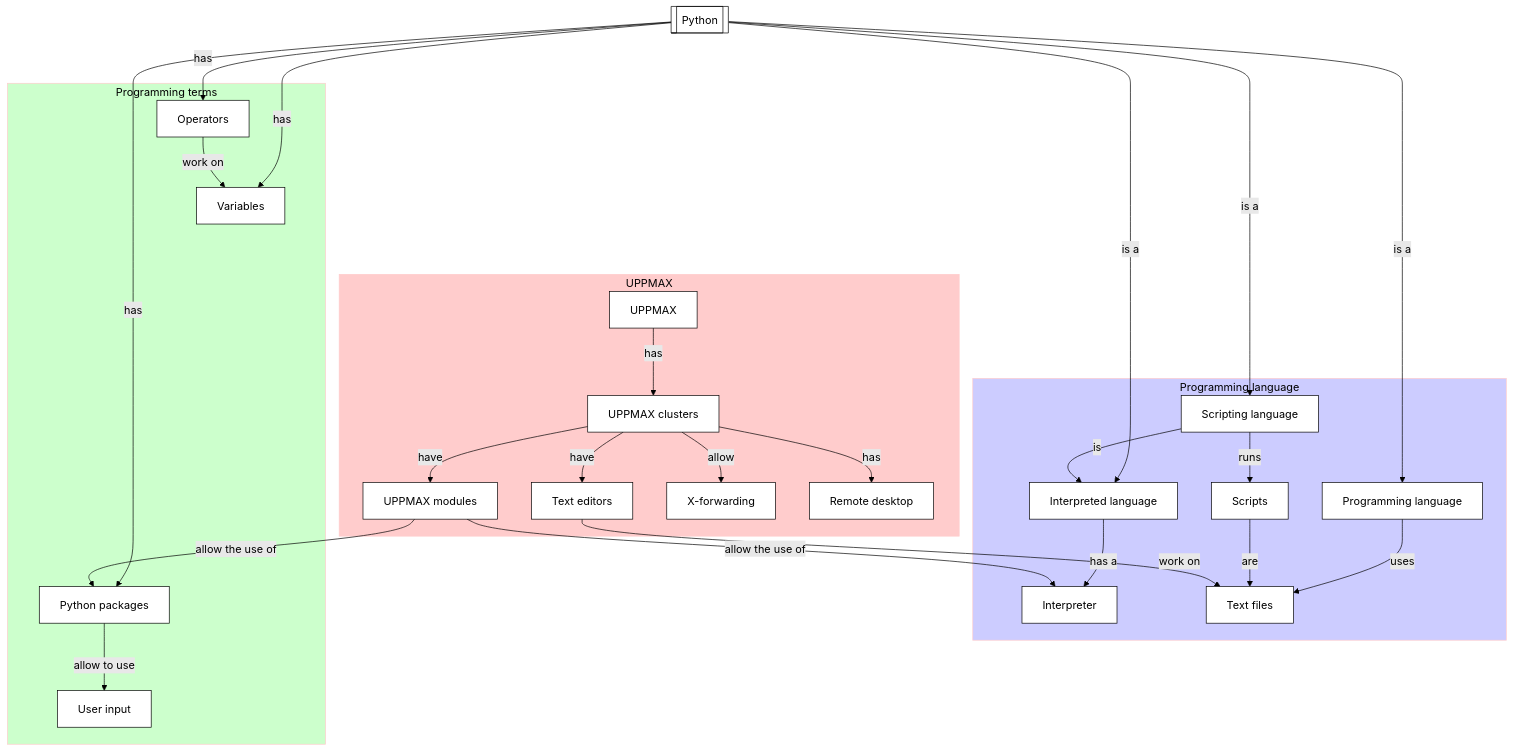
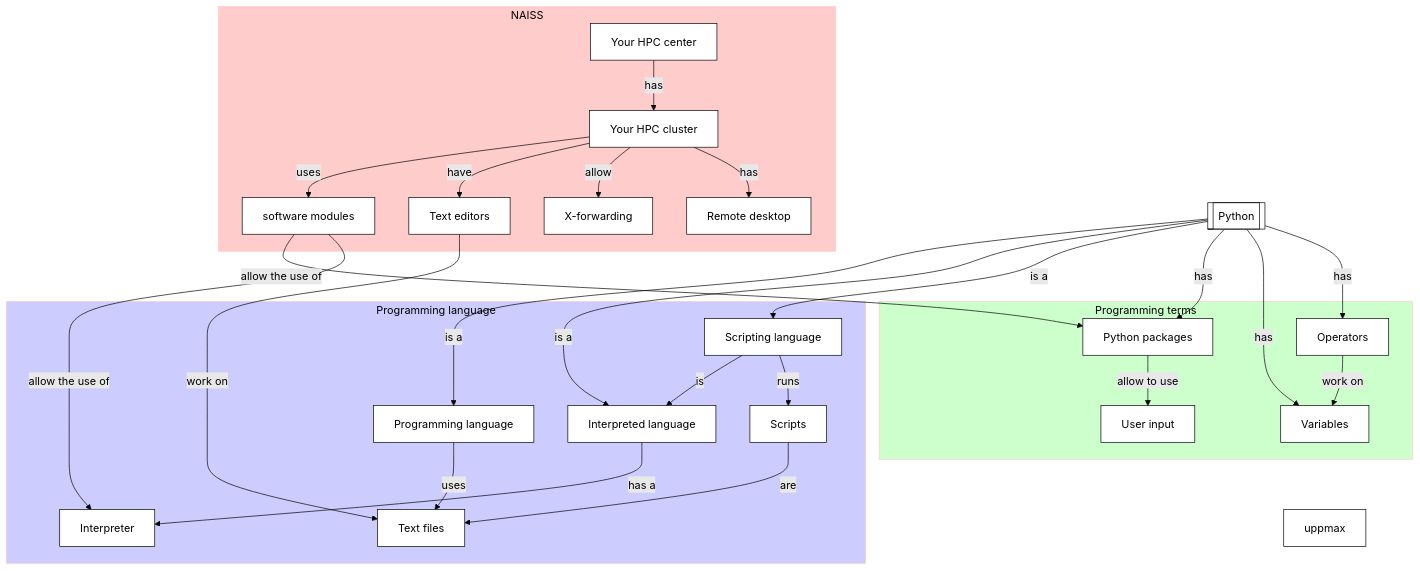
Before and after one commit to UPPMAX/uppmax_intro_python: the diagram in docs/sessions/variables_expressions_and_statements_1.md, drawn with Mermaid (forest theme). The commit also changed 1 other file, not shown here.

Commit message:
Make NAISS wide

````diff
--- a/docs/sessions/variables_expressions_and_statements_1.md
+++ b/docs/sessions/variables_expressions_and_statements_1.md
@@ -53,76 +53,76 @@
 ```mermaid
 flowchart TD
     python[[Python]]
 
     %% Give a white background to all nodes, instead of a transparent one
     classDef node fill:#fff,color:#000,stroke:#000
 
     subgraph sub_programming_language[Programming language]
       interpreted_language[Interpreted language]
       programming_language[Programming language]
       scripting_language[Scripting language]
       interpreter[Interpreter]
       scripts[Scripts]
       text_files[Text files]
     end
     style sub_programming_language fill:#ccf,color:#000,stroke:#fcc
 
     subgraph sub_programming_terms[Programming terms]
       user_input[User input]
       %% file_io[File I/O]
       %% command_line_arguments[Command-line arguments]
       variables[Variables]
       operators[Operators]
       %% functions[Functions]
       python_packages[Python packages]
       %% graphics[Graphics]
     end 
     style sub_programming_terms fill:#cfc,color:#000,stroke:#fcc
 
-    subgraph sub_uppmax[UPPMAX]
-      uppmax[UPPMAX]
-      uppmax_modules[UPPMAX modules]
-      uppmax_clusters[UPPMAX clusters]
+    subgraph sub_naiss[NAISS]
+      your_hpc_center[Your HPC center]
+      your_hpc_cluster[Your HPC cluster]
+      modules[software modules]
       text_editors[Text editors]
       x_forwarding[X-forwarding]
       remote_desktop[Remote desktop]
     end
-    style sub_uppmax fill:#fcc,color:#000,stroke:#fcc
+    style sub_naiss fill:#fcc,color:#000,stroke:#fcc
 
     python --> |is a| programming_language
     python --> |is a| interpreted_language
     python --> |is a| scripting_language
 
     programming_language --> |uses| text_files
     interpreted_language --> |has a| interpreter
     scripting_language --> |is|interpreted_language
     scripting_language --> |runs| scripts
     scripts --> |are| text_files
     %% scripts --> |can use| command_line_arguments
 
     python --> |has| python_packages
     python --> |has| variables
     %%python --> |has| functions
     python --> |has| operators
     %%functions --> |use| variables
     operators --> |work on| variables
     %%python_packages --> |allow| graphics
     python_packages --> |allow to use| user_input
     %% python_packages --> |allow to do| file_io
     %% python_packages --> |allow to use| command_line_arguments
 
-    uppmax --> |has| uppmax_clusters
-    uppmax_clusters --> |have| uppmax_modules
-    uppmax_clusters --> |have| text_editors
-    uppmax_clusters --> |allow| x_forwarding
-    uppmax_clusters --> |has| remote_desktop
-    uppmax_modules --> |allow the use of| python_packages
-    uppmax_modules --> |allow the use of| interpreter
+    your_hpc_center --> |has| your_hpc_cluster
+    your_hpc_cluster --> |uses| modules
+    your_hpc_cluster --> |have| text_editors
+    your_hpc_cluster --> |allow| x_forwarding
+    your_hpc_cluster --> |has| remote_desktop
+    modules --> |allow the use of| python_packages
+    modules --> |allow the use of| interpreter
 
     text_editors --> |work on|text_files
     %%x_forwarding --> |allows|graphics
     %%remote_desktop --> |allows|graphics
     
 
     variables ~~~ uppmax
 ```
````
